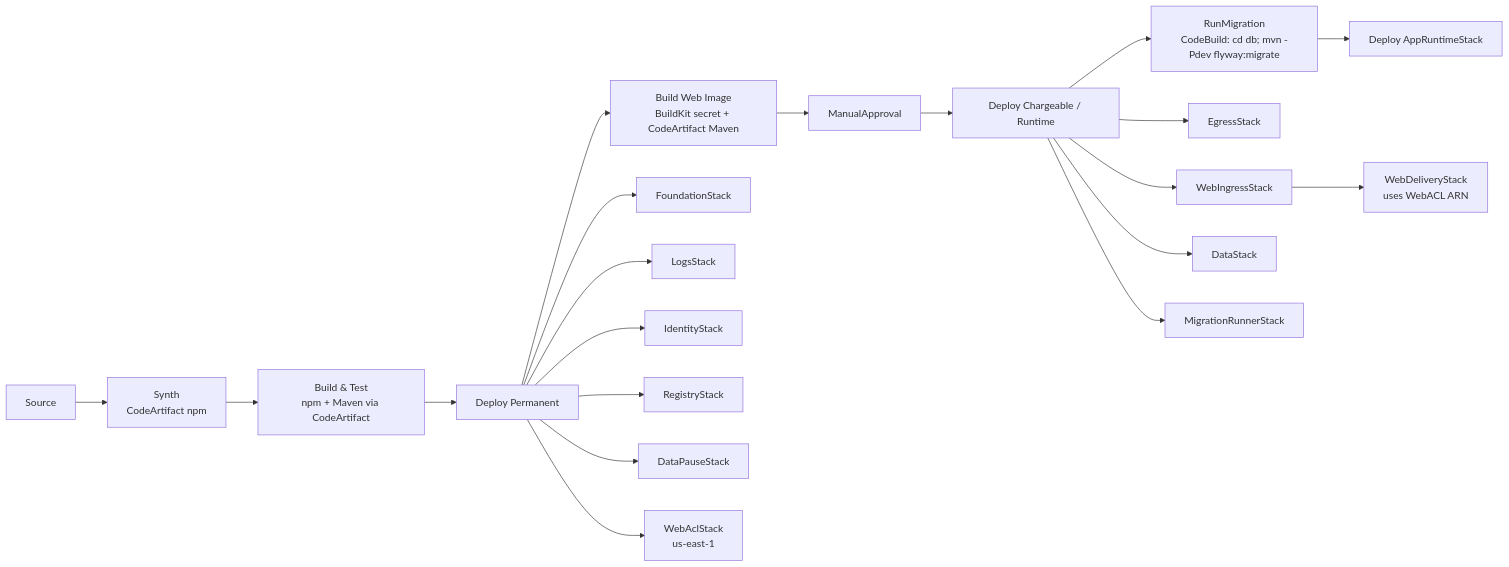
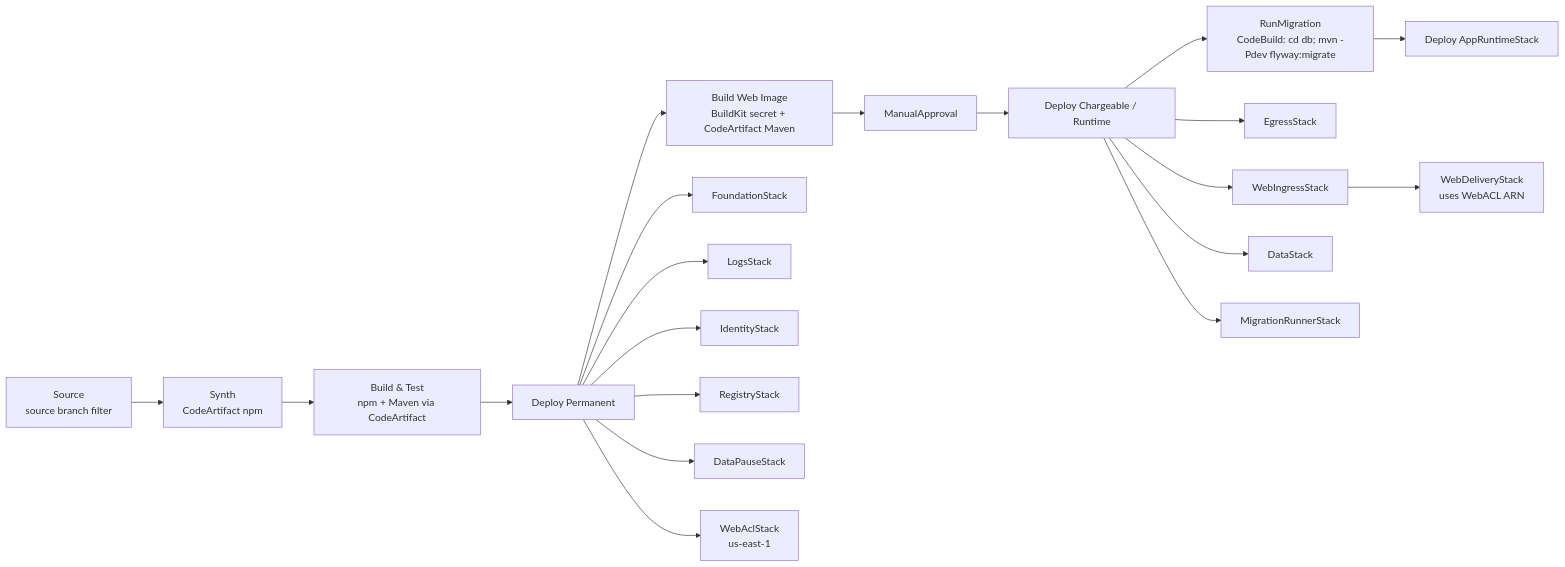
The second of 4 diagrams in docs/implementation/phase2-beta/phases.md (kyiwanami/workops), drawn with Mermaid before and after one commit. The commit also changed other lines of this file and 9 other files, not shown here.

Commit message:
docs: revise phase 2-beta task numbering and stage flow

````diff
--- a/docs/implementation/phase2-beta/phases.md
+++ b/docs/implementation/phase2-beta/phases.md
@@ -114,24 +121,24 @@
 ```mermaid
 flowchart LR
-  Source["Source"] --> Synth["Synth<br/>CodeArtifact npm"]
+  Source["Source<br/>source branch filter"] --> Synth["Synth<br/>CodeArtifact npm"]
   Synth --> BuildTest["Build & Test<br/>npm + Maven via CodeArtifact"]
   BuildTest --> Permanent["Deploy Permanent"]
   Permanent --> BuildWeb["Build Web Image<br/>BuildKit secret + CodeArtifact Maven"]
   BuildWeb --> Approval["ManualApproval"]
   Approval --> Runtime["Deploy Chargeable / Runtime"]
   Runtime --> Migration["RunMigration<br/>CodeBuild: cd db; mvn -Pdev flyway:migrate"]
   Migration --> App["Deploy AppRuntimeStack"]
 
   Permanent --> Foundation["FoundationStack"]
   Permanent --> Logs["LogsStack"]
   Permanent --> Identity["IdentityStack"]
   Permanent --> Registry["RegistryStack"]
   Permanent --> DataPause["DataPauseStack"]
   Permanent --> WebAcl["WebAclStack<br/>us-east-1"]
 
   Runtime --> Egress["EgressStack"]
   Runtime --> WebIngress["WebIngressStack"]
   WebIngress --> WebDelivery["WebDeliveryStack<br/>uses WebACL ARN"]
   Runtime --> Data["DataStack"]
   Runtime --> MigrationRunner["MigrationRunnerStack"]
 ```
````
